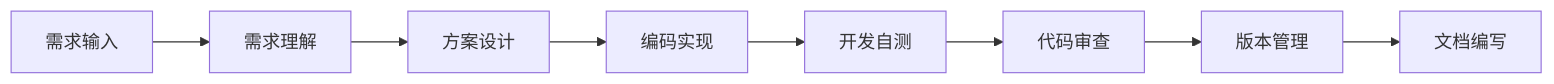
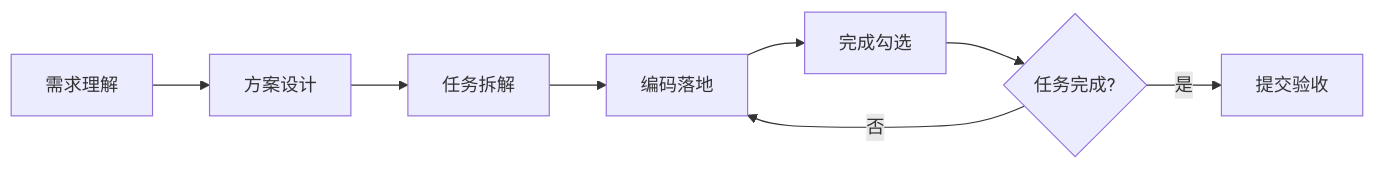
Before and after one commit to xbrilliancelu-crypto/sunflower: the diagram in README.md, drawn with Mermaid. The commit also changed other lines of this file and 65 other files, not shown here.

````diff
--- a/README.md
+++ b/README.md
@@ -123,10 +26,10 @@
 ```mermaid
-graph LR
-    A[需求输入] --> B[需求理解]
-    B --> C[方案设计]
-    C --> D[编码实现]
-    D --> E[开发自测]
-    E --> F[代码审查]
-    F --> G[版本管理]
-    G --> H[文档编写]
+flowchart LR
+    A[需求理解] --> B[方案设计]
+    B --> C[任务拆解]
+    C --> D[编码落地]
+    D --> E[完成勾选]
+    E --> F{任务完成?}
+    F -->|否| D
+    F -->|是| G[提交验收]
 ```
````
